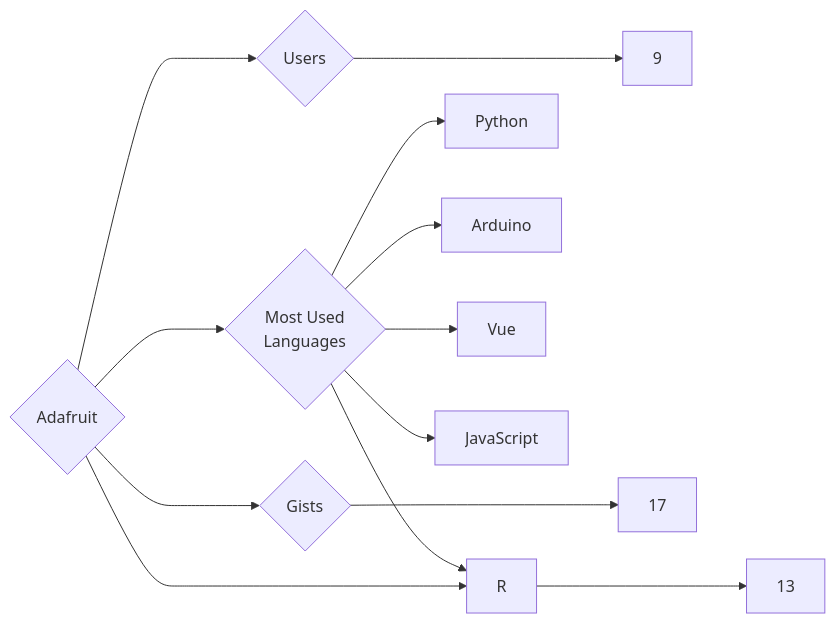
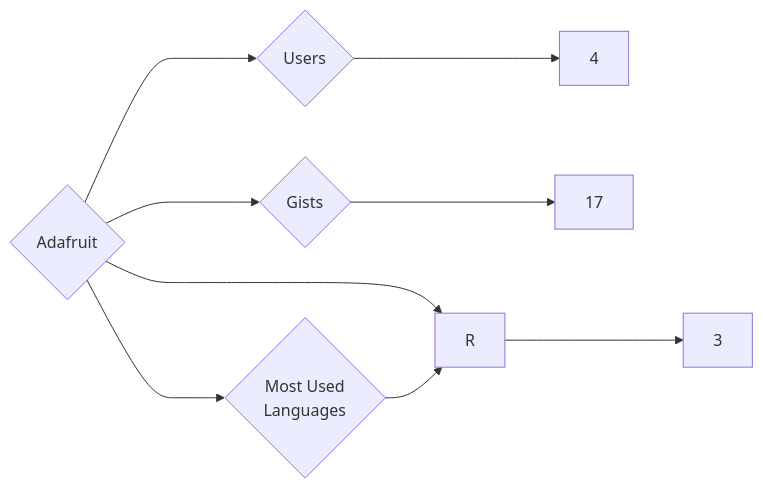
Before and after one commit to trickest/insiders: the diagram in targets/Adafruit/README.md, drawn with Mermaid. The commit also changed 1120 other files, not shown here.

````diff
--- a/targets/Adafruit/README.md
+++ b/targets/Adafruit/README.md
@@ -3,13 +3,9 @@
 ```mermaid
 graph LR
 COMPANY_NAME{Adafruit}
-COMPANY_NAME ---> U{Users} ---> UN[9]
-COMPANY_NAME ---> R{Repositories} ---> RN[13]
+COMPANY_NAME ---> U{Users} ---> UN[4]
+COMPANY_NAME ---> R{Repositories} ---> RN[3]
 COMPANY_NAME ---> G{Gists} ---> GN[17]
 COMPANY_NAME ---> ML{Most Used<br>Languages}
-ML --> Python[Python]
-ML --> Arduino[Arduino]
-ML --> Vue[Vue]
 ML --> R[R]
-ML --> JavaScript[JavaScript]
 ```
````
